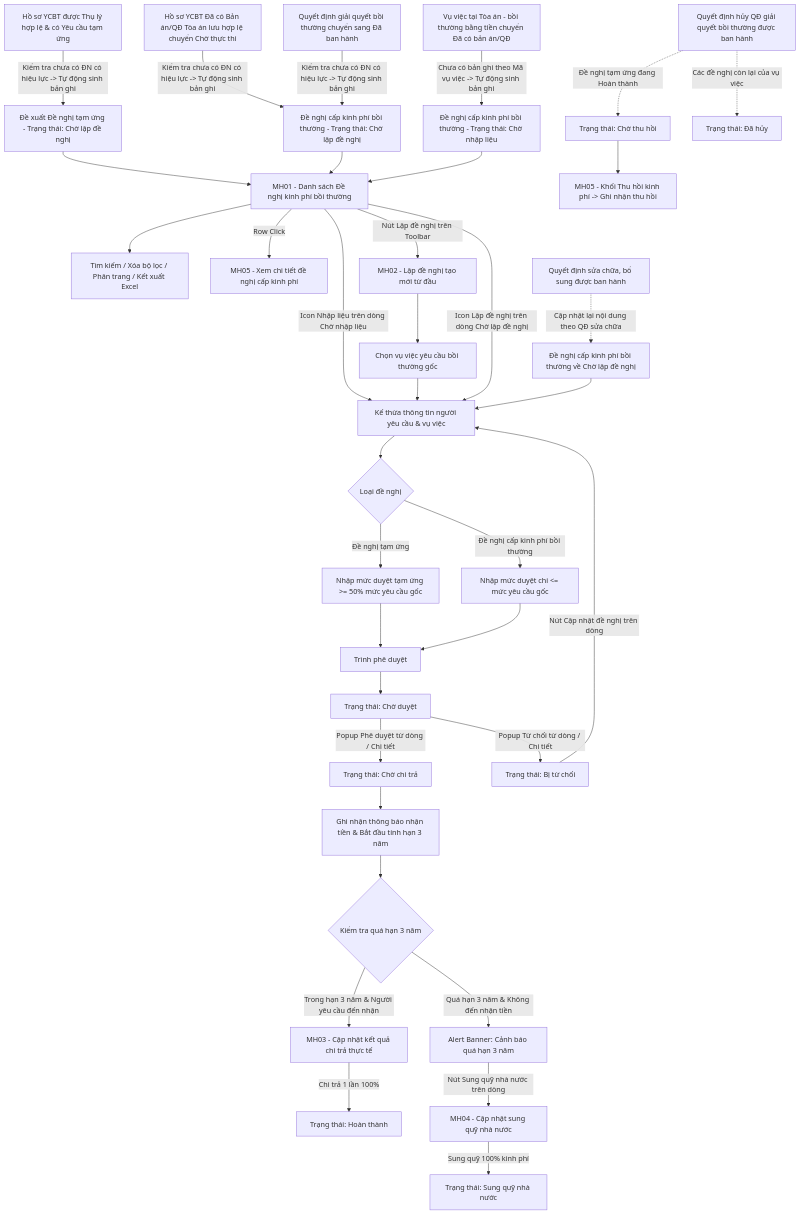
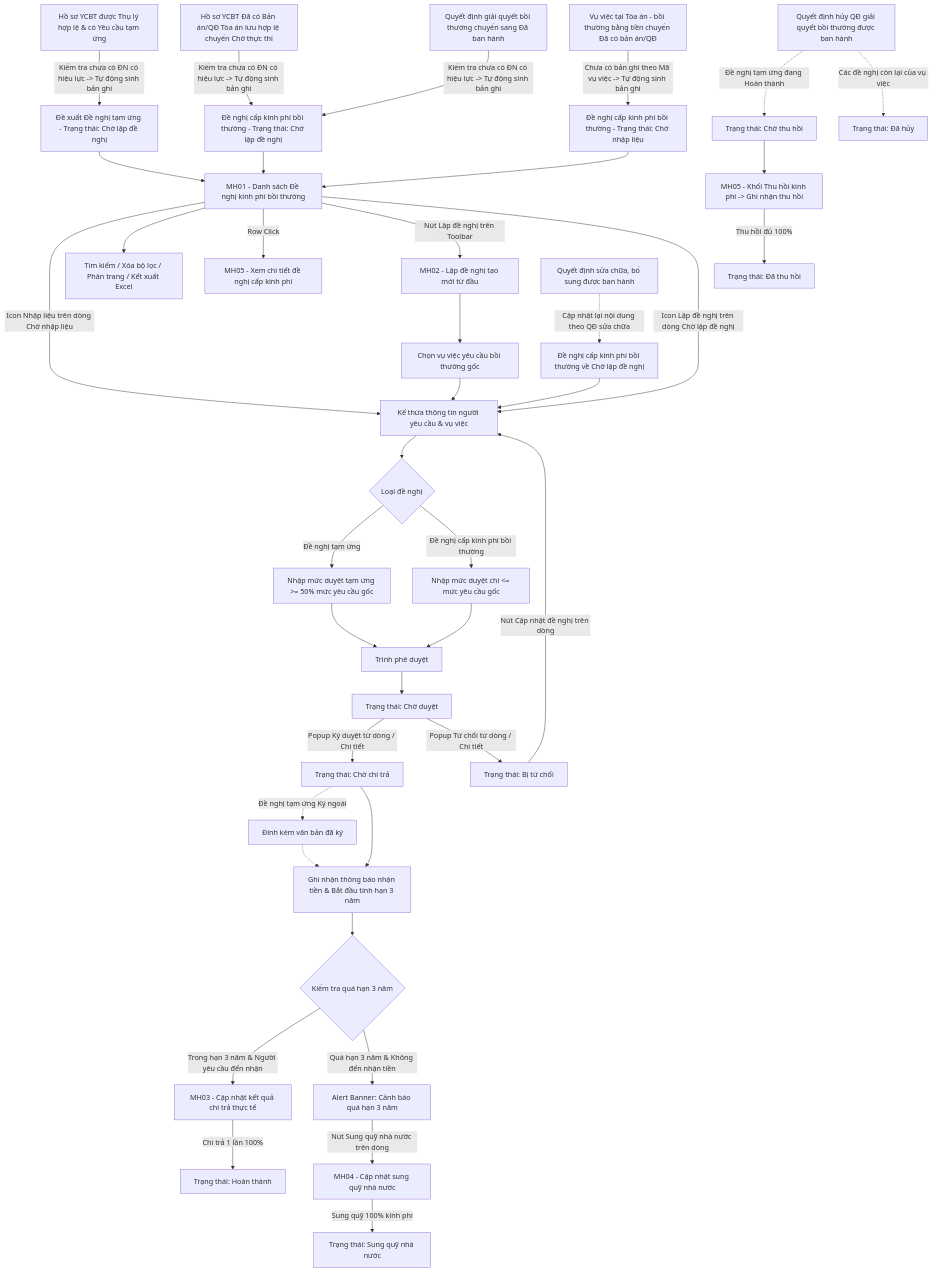
One commit to huyendt2007/BPBD_UI changed the diagram in Tai lieu phan tich/03_Website_Quan_tri/03_Cong_tac_boi_thuong/SRS_BTNN_GiaiQuyetBT_KinhPhi_BT.md. Above: the diagram before and after it, drawn with Mermaid. The commit also changed other lines of this file and 57 other files, not shown here.

````diff
--- a/Tai lieu phan tich/03_Website_Quan_tri/03_Cong_tac_boi_thuong/SRS_BTNN_GiaiQuyetBT_KinhPhi_BT.md
+++ b/Tai lieu phan tich/03_Website_Quan_tri/03_Cong_tac_boi_thuong/SRS_BTNN_GiaiQuyetBT_KinhPhi_BT.md
@@ -39,38 +67,41 @@
 ```mermaid
 flowchart TD
     A0[Hồ sơ YCBT được Thụ lý hợp lệ & có Yêu cầu tạm ứng] -->|Kiểm tra chưa có ĐN có hiệu lực -> Tự động sinh bản ghi| A1[Đề xuất Đề nghị tạm ứng - Trạng thái: Chờ lập đề nghị]
     A02[Hồ sơ YCBT Đã có Bản án/QĐ Tòa án lưu hợp lệ chuyển Chờ thực thi] -->|Kiểm tra chưa có ĐN có hiệu lực -> Tự động sinh bản ghi| A2[Đề nghị cấp kinh phí bồi thường - Trạng thái: Chờ lập đề nghị]
     A03[Quyết định giải quyết bồi thường chuyển sang Đã ban hành] -->|Kiểm tra chưa có ĐN có hiệu lực -> Tự động sinh bản ghi| A2
     A04[Vụ việc tại Tòa án - bồi thường bằng tiền chuyển Đã có bản án/QĐ] -->|Chưa có bản ghi theo Mã vụ việc -> Tự động sinh bản ghi| A4[Đề nghị cấp kinh phí bồi thường - Trạng thái: Chờ nhập liệu]
     A1 --> A[MH01 - Danh sách Đề nghị kinh phí bồi thường]
     A2 --> A
     A4 --> A
     A -->|Icon Nhập liệu trên dòng Chờ nhập liệu| E
     A --> B[Tìm kiếm / Xóa bộ lọc / Phân trang / Kết xuất Excel]
     A -->|Row Click| V[MH05 - Xem chi tiết đề nghị cấp kinh phí]
     A -->|Nút Lập đề nghị trên Toolbar| C[MH02 - Lập đề nghị tạo mới từ đầu]
     C --> D[Chọn vụ việc yêu cầu bồi thường gốc]
     D --> E[Kế thừa thông tin người yêu cầu & vụ việc]
     A -->|Icon Lập đề nghị trên dòng Chờ lập đề nghị| E
     E --> F{Loại đề nghị}
     F -->|Đề nghị tạm ứng| F1[Nhập mức duyệt tạm ứng >= 50% mức yêu cầu gốc]
     F -->|Đề nghị cấp kinh phí bồi thường| F2[Nhập mức duyệt chi <= mức yêu cầu gốc]
     F1 --> G[Trình phê duyệt]
     F2 --> G
     G --> H[Trạng thái: Chờ duyệt]
-    H -->|Popup Phê duyệt từ dòng / Chi tiết| J[Trạng thái: Chờ chi trả]
+    H -->|Popup Ký duyệt từ dòng / Chi tiết| J[Trạng thái: Chờ chi trả]
+    J -.->|Đề nghị tạm ứng Ký ngoài| J1[Đính kèm văn bản đã ký]
+    J1 -.-> P
     H -->|Popup Từ chối từ dòng / Chi tiết| K[Trạng thái: Bị từ chối]
     K -->|Nút Cập nhật đề nghị trên dòng| E
     J --> P[Ghi nhận thông báo nhận tiền & Bắt đầu tính hạn 3 năm]
     P --> Q{Kiểm tra quá hạn 3 năm}
     Q -->|Trong hạn 3 năm & Người yêu cầu đến nhận| L[MH03 - Cập nhật kết quả chi trả thực tế]
     L -->|Chi trả 1 lần 100%| N[Trạng thái: Hoàn thành]
     Q -->|Quá hạn 3 năm & Không đến nhận tiền| R[Alert Banner: Cảnh báo quá hạn 3 năm]
     R -->|Nút Sung quỹ nhà nước trên dòng| S[MH04 - Cập nhật sung quỹ nhà nước]
     S -->|Sung quỹ 100% kinh phí| U[Trạng thái: Sung quỹ nhà nước]
     X0[Quyết định hủy QĐ giải quyết bồi thường được ban hành] -.->|Đề nghị tạm ứng đang Hoàn thành| X1[Trạng thái: Chờ thu hồi]
     X0 -.->|Các đề nghị còn lại của vụ việc| X2[Trạng thái: Đã hủy]
     X1 --> X3[MH05 - Khối Thu hồi kinh phí -> Ghi nhận thu hồi]
+    X3 -->|Thu hồi đủ 100%| X4[Trạng thái: Đã thu hồi]
     Y0[Quyết định sửa chữa, bổ sung được ban hành] -.->|Cập nhật lại nội dung theo QĐ sửa chữa| Y1[Đề nghị cấp kinh phí bồi thường về Chờ lập đề nghị]
     Y1 --> E
 ```
````
